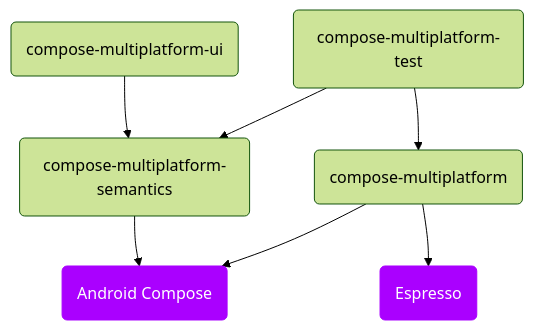
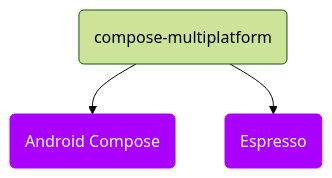
The diagram in documentation/docs/basics/kakao_compose_structure.md (KakaoCup/Multiplatform), drawn with Mermaid (forest theme) before and after one commit. The commit also changed other lines of this file and 3 other files, not shown here.

````diff
--- a/documentation/docs/basics/kakao_compose_structure.md
+++ b/documentation/docs/basics/kakao_compose_structure.md
@@ -11,22 +11,15 @@
 ```mermaid
 flowchart TD
 %% Nodes
-    KTest("compose-multiplatform-test")
     KCompose("compose-multiplatform")
-    KUI("compose-multiplatform-ui")
-    KSemantics("compose-multiplatform-semantics")
     AEspresso("Espresso")
     ACompose("Android Compose")
 
 %% Connections
-    KTest --> KCompose
-    KUI --> KSemantics
-    KTest --> KSemantics
-    KSemantics --> ACompose 
     KCompose --> ACompose 
     KCompose --> AEspresso
 
 %% Style
     style AEspresso color:#FFFFFF, fill:#AA00FF, stroke:#AA00FF
     style ACompose color:#FFFFFF, fill:#AA00FF, stroke:#AA00FF
 ```
````
